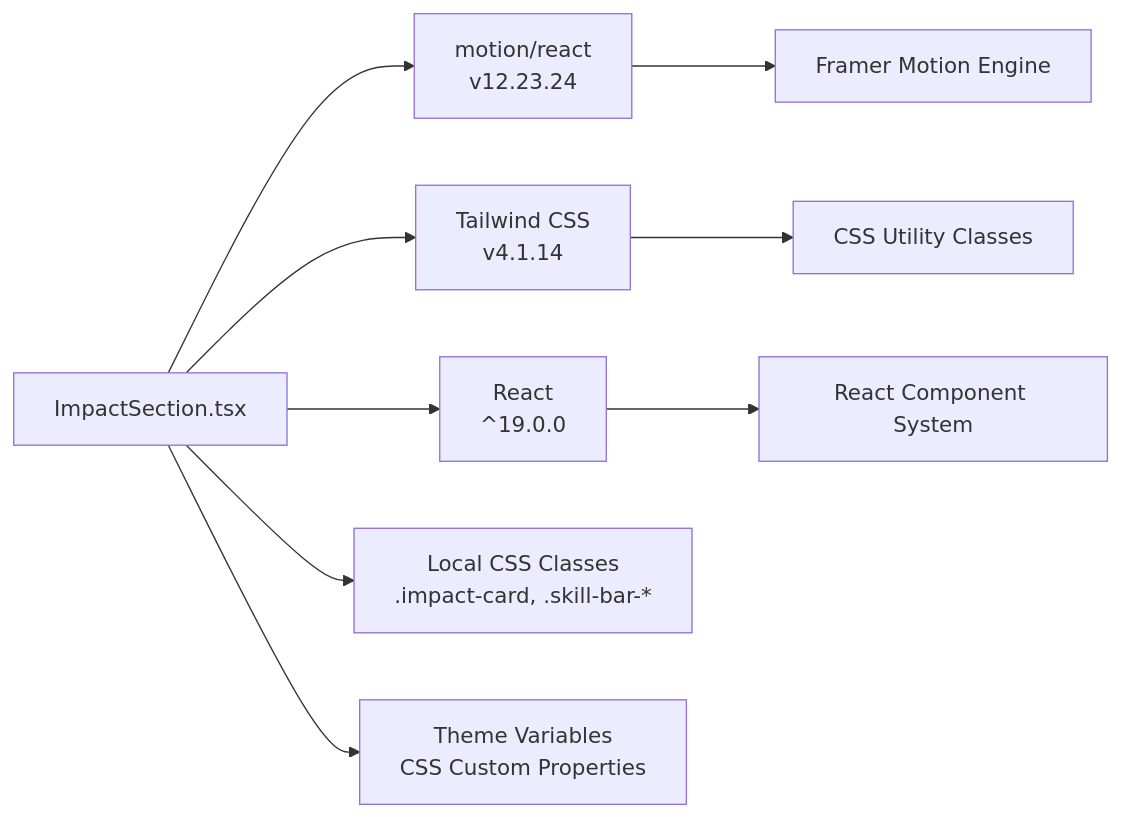
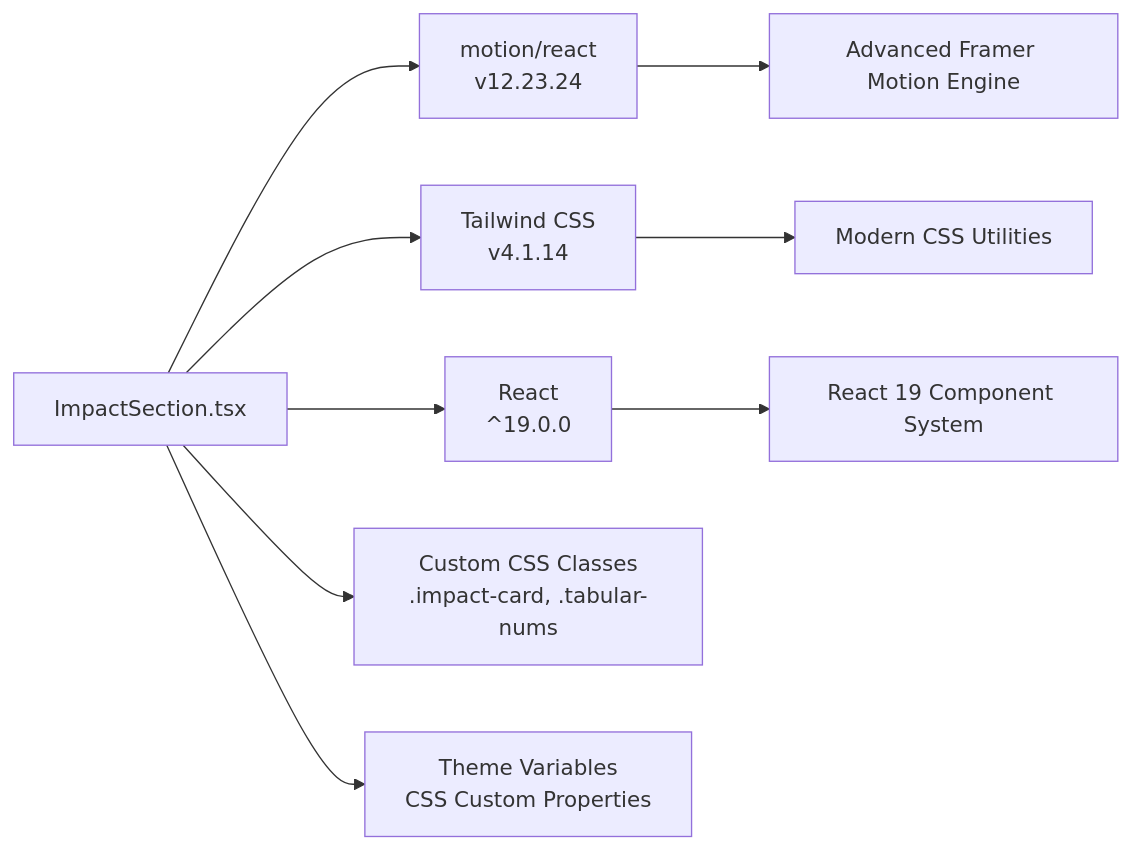
The seventh of 7 diagrams in .qoder/repowiki/en/content/Component Library & UI Elements/ImpactSection Component.md (subash7781/Portfolio), drawn with Mermaid before and after one commit. The commit also changed other lines of this file and 6 other files, not shown here.

````diff
--- a/.qoder/repowiki/en/content/Component Library & UI Elements/ImpactSection Component.md
+++ b/.qoder/repowiki/en/content/Component Library & UI Elements/ImpactSection Component.md
@@ -166,11 +209,11 @@
 ```mermaid
 graph LR
 ImpactSection["ImpactSection.tsx"] --> Motion["motion/react<br/>v12.23.24"]
 ImpactSection --> Tailwind["Tailwind CSS<br/>v4.1.14"]
 ImpactSection --> React["React<br/>^19.0.0"]
-Motion --> FramerMotion["Framer Motion Engine"]
-Tailwind --> CSSUtilities["CSS Utility Classes"]
-React --> ComponentSystem["React Component System"]
-ImpactSection --> LocalStyles["Local CSS Classes<br/>.impact-card, .skill-bar-*"]
+Motion --> FramerMotion["Advanced Framer Motion Engine"]
+Tailwind --> CSSUtilities["Modern CSS Utilities"]
+React --> ComponentSystem["React 19 Component System"]
+ImpactSection --> LocalStyles["Custom CSS Classes<br/>.impact-card, .tabular-nums"]
 ImpactSection --> ThemeVars["Theme Variables<br/>CSS Custom Properties"]
 ```
````
